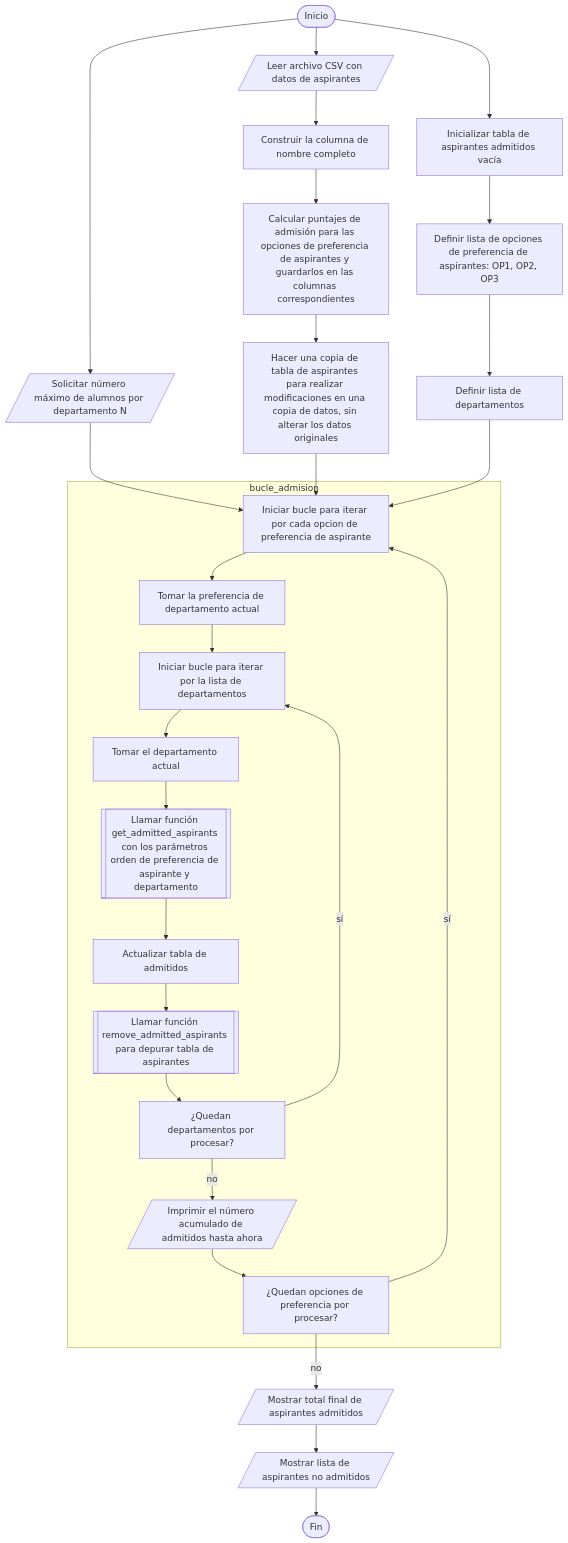
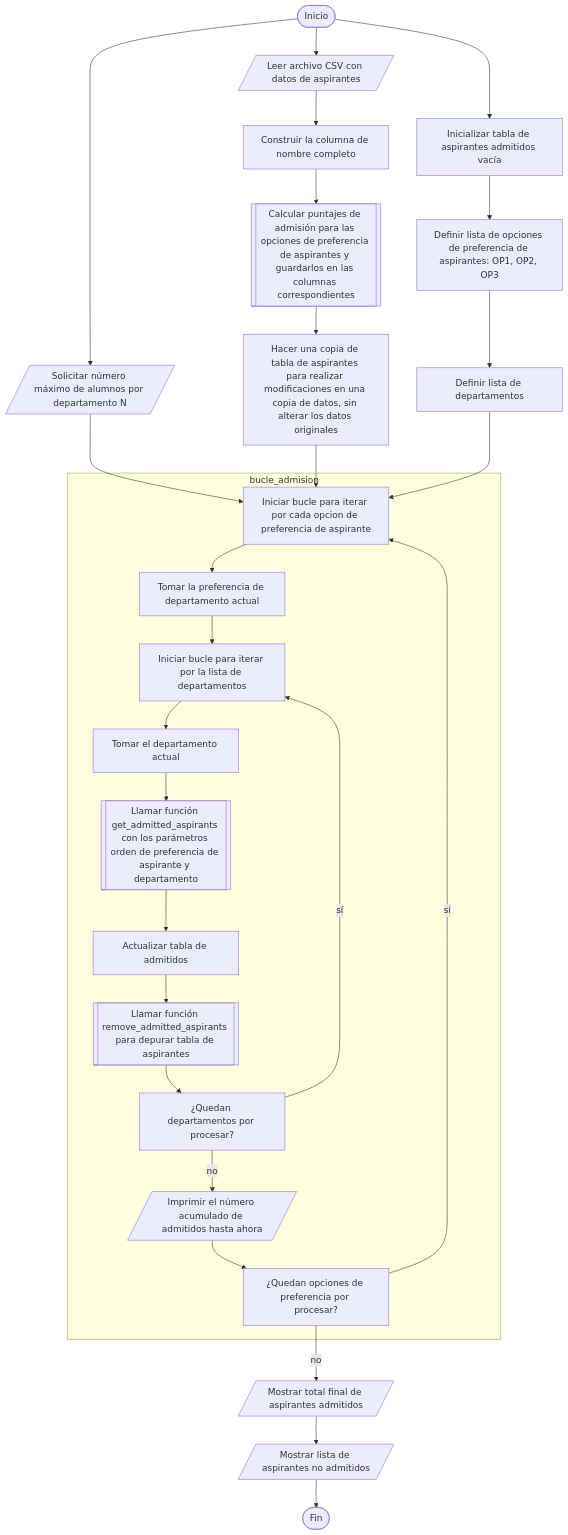
The diagram in Unidad_3/Proyecto_3_algoritmo.mermaid (vshalisko/PythonIntro), drawn with Mermaid before and after one commit.

```diff
--- a/Unidad_3/Proyecto_3_algoritmo.mermaid
+++ b/Unidad_3/Proyecto_3_algoritmo.mermaid
@@ -1,29 +1,29 @@
 flowchart TD
 
 A([Inicio]) --> B[/Leer archivo CSV con datos de aspirantes/]
 A --> C[/Solicitar número máximo de alumnos por departamento N/]
 A --> D[Inicializar tabla de aspirantes admitidos vacía]
 B --> B1[Construir la columna de nombre completo]
-B1 --> B2[Calcular puntajes de admisión para las opciones de preferencia de aspirantes y guardarlos en las columnas correspondientes]
+B1 --> B2[[Calcular puntajes de admisión para las opciones de preferencia de aspirantes y guardarlos en las columnas correspondientes]]
 B2 --> E[Hacer una copia de tabla de aspirantes para realizar modificaciones en una copia de datos, sin alterar los datos originales]
 D --> F1[Definir lista de opciones de preferencia de aspirantes: OP1, OP2, OP3]
 F1 --> F[Definir lista de departamentos]
 C --> G
 E --> G
 F --> G
 subgraph bucle_admision
 G[Iniciar bucle para iterar por cada opcion de preferencia de aspirante] --> H[Tomar la preferencia de departamento actual]
 H --> I[Iniciar bucle para iterar por la lista de departamentos]
 I --> J[Tomar el departamento actual]
 J --> K[[Llamar función get_admitted_aspirants con los parámetros orden de preferencia de aspirante y departamento]]
 K --> L[Actualizar tabla de admitidos]
 L --> M[[Llamar función remove_admitted_aspirants para depurar tabla de aspirantes]]
 M --> N[¿Quedan departamentos por procesar?]
 N -- sí --> I
 N -- no --> O[/Imprimir el número acumulado de admitidos hasta ahora/]
 O --> P[¿Quedan opciones de preferencia por procesar?]
 P -- sí --> G
 end
 P -- no --> Q[/Mostrar total final de aspirantes admitidos/]
 Q --> R[/Mostrar lista de aspirantes no admitidos/]
 R --> S([Fin])
```
